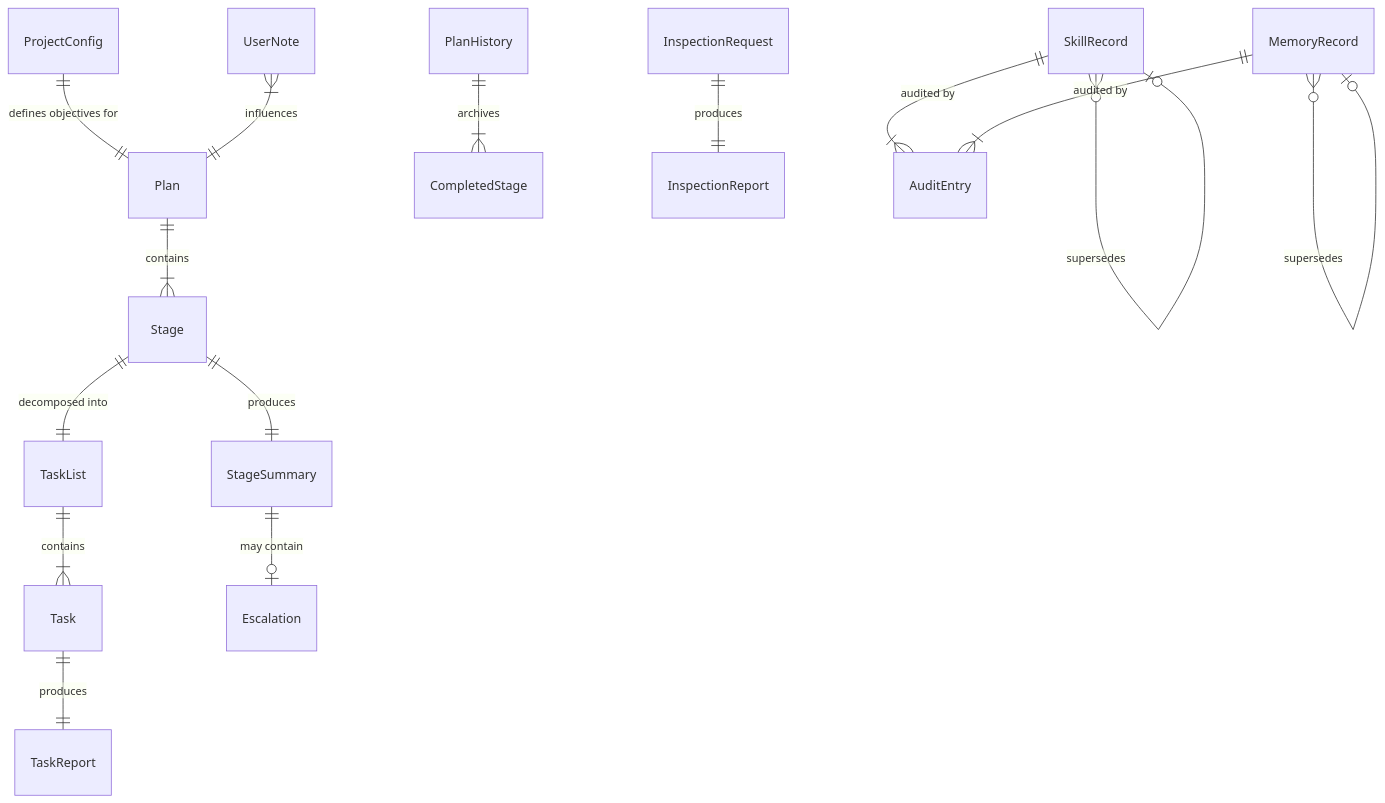
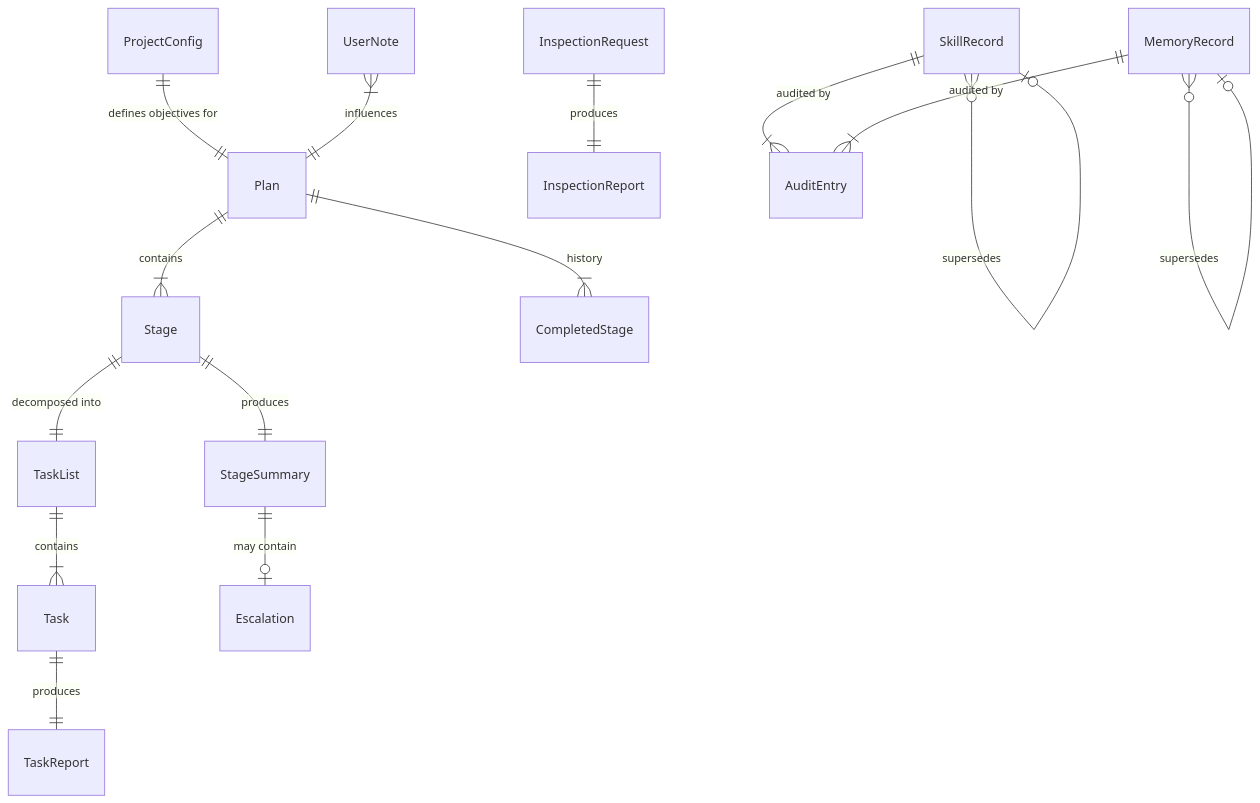
The fourth of 14 diagrams in SPEC/v2/06-SYSTEM-DESIGN.md (salva/saivage), drawn with Mermaid before and after one commit. The commit also changed other lines of this file and 39 other files, not shown here.

````diff
--- a/SPEC/v2/06-SYSTEM-DESIGN.md
+++ b/SPEC/v2/06-SYSTEM-DESIGN.md
@@ -348,17 +347,17 @@
 ```mermaid
 erDiagram
     ProjectConfig ||--|| Plan : "defines objectives for"
     Plan ||--|{ Stage : "contains"
-    PlanHistory ||--|{ CompletedStage : "archives"
+    Plan ||--|{ CompletedStage : "history"
     Stage ||--|| TaskList : "decomposed into"
     TaskList ||--|{ Task : "contains"
     Task ||--|| TaskReport : "produces"
     Stage ||--|| StageSummary : "produces"
     StageSummary ||--o| Escalation : "may contain"
     UserNote }|--|| Plan : "influences"
     InspectionRequest ||--|| InspectionReport : "produces"
     SkillRecord }o--o| SkillRecord : "supersedes"
     MemoryRecord }o--o| MemoryRecord : "supersedes"
     SkillRecord ||--|{ AuditEntry : "audited by"
     MemoryRecord ||--|{ AuditEntry : "audited by"
 ```
````
